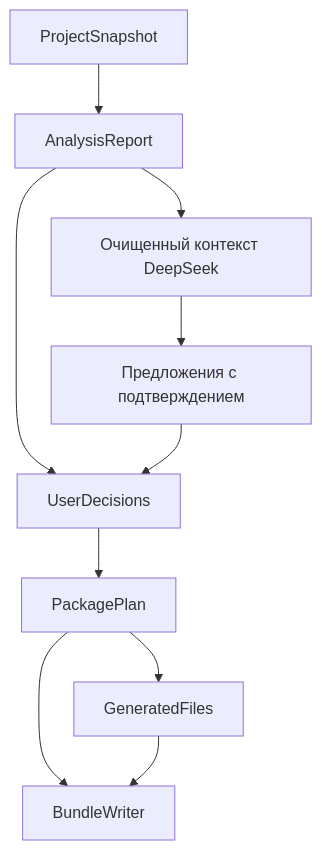
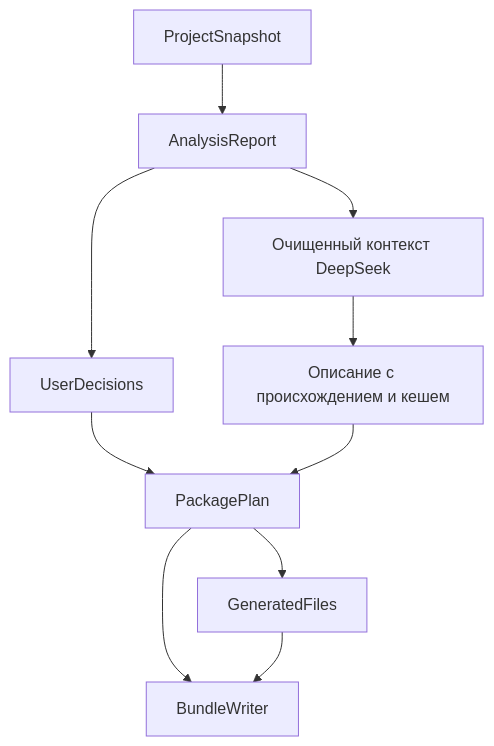
Before and after one commit to Ms1black/nishtyak: the diagram in docs/CORE_ARCHITECTURE.md, drawn with Mermaid. The commit also changed other lines of this file and 52 other files, not shown here.

Commit message:
Automate bounded project descriptions and clarify the review flow

````diff
--- a/docs/CORE_ARCHITECTURE.md
+++ b/docs/CORE_ARCHITECTURE.md
@@ -33,12 +33,12 @@
 ```mermaid
 flowchart TD
     A[ProjectSnapshot] --> B[AnalysisReport]
     B --> C[UserDecisions]
     C --> D[PackagePlan]
     D --> E[GeneratedFiles]
     D --> F[BundleWriter]
     E --> F
     B --> G[Очищенный контекст DeepSeek]
-    G --> H[Предложения с подтверждением]
-    H --> C
+    G --> H[Описание с происхождением и кешем]
+    H --> D
 ```
````
